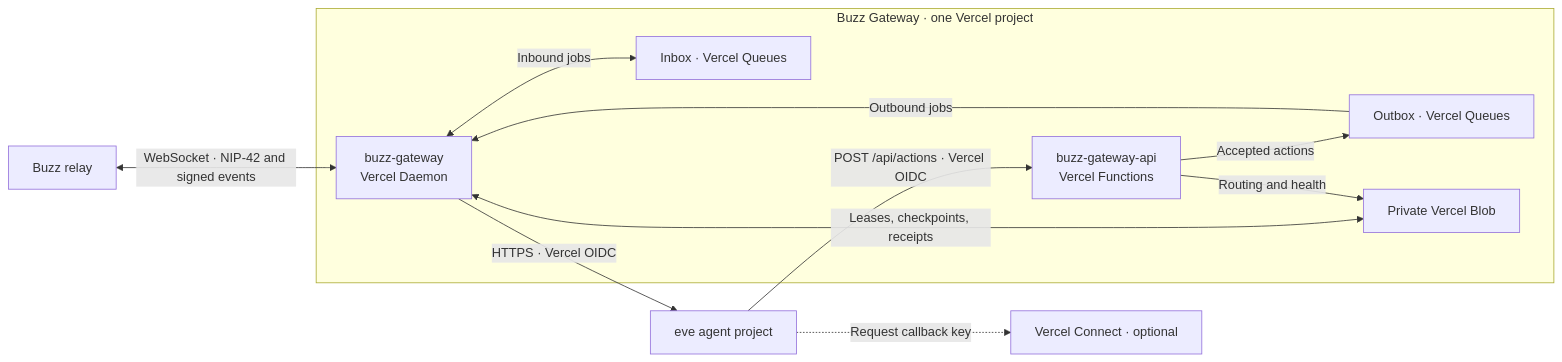
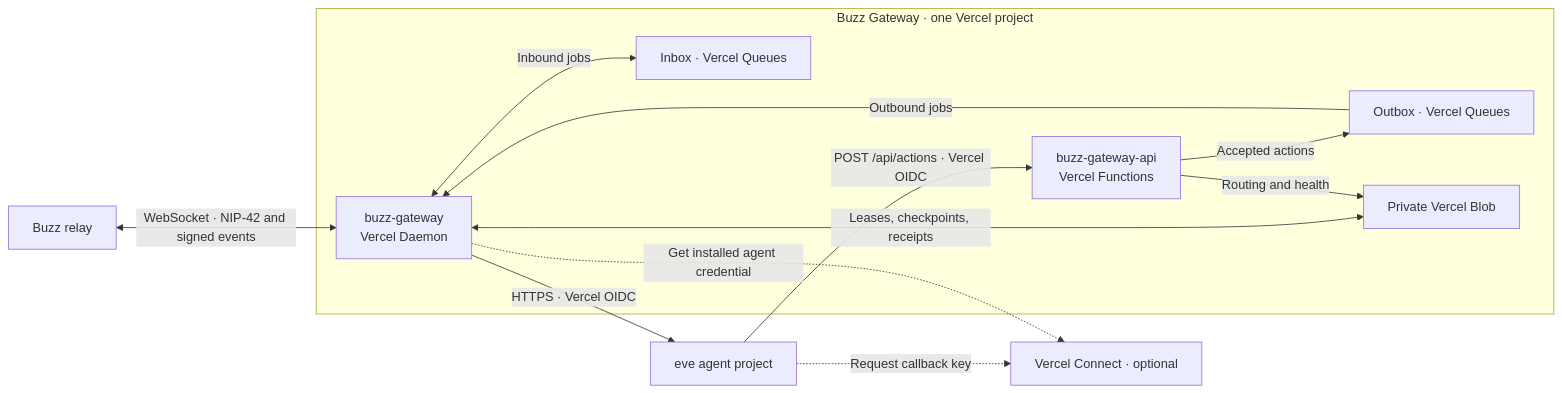
The diagram in README.md (pacecar-ai/buzz-gateway), drawn with Mermaid before and after one commit. The commit also changed other lines of this file and 11 other files, not shown here.

````diff
--- a/README.md
+++ b/README.md
@@ -9,22 +9,23 @@
 ```mermaid
 flowchart LR
     Buzz["Buzz relay"]
     Eve["eve agent project"]
     Connect["Vercel Connect · optional"]
     subgraph Gateway["Buzz Gateway · one Vercel project"]
         Daemon["buzz-gateway<br/>Vercel Daemon"]
         API["buzz-gateway-api<br/>Vercel Functions"]
         Inbox["Inbox · Vercel Queues"]
         Outbox["Outbox · Vercel Queues"]
         Blob["Private Vercel Blob"]
         Daemon <-->|"Inbound jobs"| Inbox
         API -->|"Accepted actions"| Outbox
         Outbox -->|"Outbound jobs"| Daemon
         Daemon <-->|"Leases, checkpoints, receipts"| Blob
         API -->|"Routing and health"| Blob
     end
     Buzz <-->|"WebSocket · NIP-42 and signed events"| Daemon
+    Daemon -.->|"Get installed agent credential"| Connect
     Daemon -->|"HTTPS · Vercel OIDC"| Eve
     Eve -->|"POST /api/actions · Vercel OIDC"| API
     Eve -.->|"Request callback key"| Connect
 ```
````
